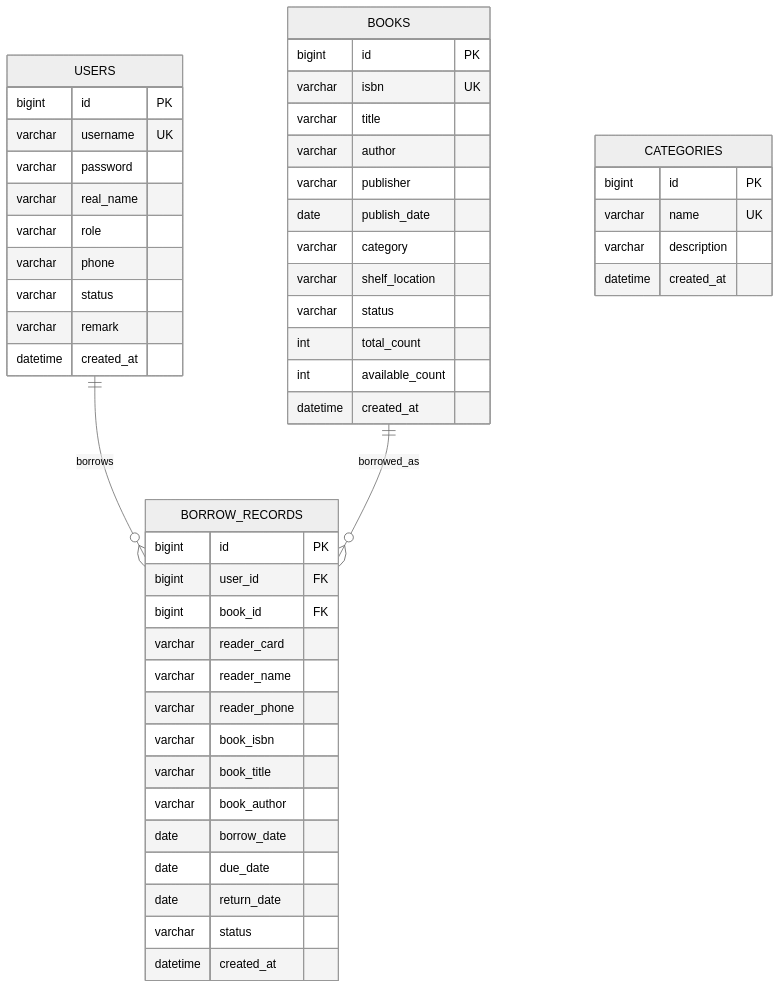
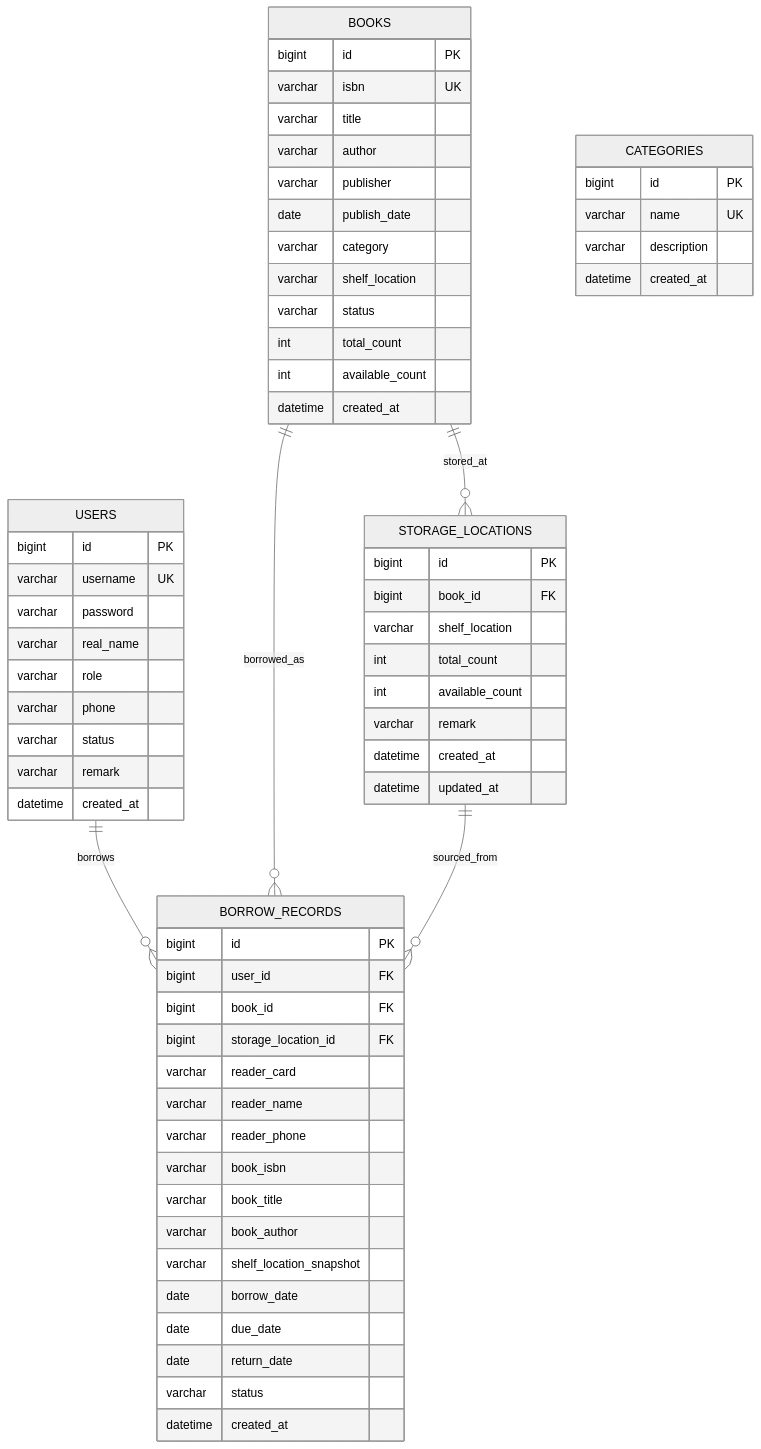
The first of 4 diagrams in docs/design.md (yangkangling/Project-LibrarySystem), drawn with Mermaid (neutral theme) before and after one commit. The commit also changed other lines of this file and 46 other files, not shown here.

````diff
--- a/docs/design.md
+++ b/docs/design.md
@@ -12,56 +12,71 @@
 ```mermaid
 erDiagram
   USERS {
     bigint id PK
     varchar username UK
     varchar password
     varchar real_name
     varchar role
     varchar phone
     varchar status
     varchar remark
     datetime created_at
   }
 
   BOOKS {
     bigint id PK
     varchar isbn UK
     varchar title
     varchar author
     varchar publisher
     date publish_date
     varchar category
     varchar shelf_location
     varchar status
     int total_count
     int available_count
     datetime created_at
   }
 
   CATEGORIES {
     bigint id PK
     varchar name UK
     varchar description
     datetime created_at
   }
 
   BORROW_RECORDS {
     bigint id PK
     bigint user_id FK
     bigint book_id FK
+    bigint storage_location_id FK
     varchar reader_card
     varchar reader_name
     varchar reader_phone
     varchar book_isbn
     varchar book_title
     varchar book_author
+    varchar shelf_location_snapshot
     date borrow_date
     date due_date
     date return_date
     varchar status
     datetime created_at
   }
 
+  STORAGE_LOCATIONS {
+    bigint id PK
+    bigint book_id FK
+    varchar shelf_location
+    int total_count
+    int available_count
+    varchar remark
+    datetime created_at
+    datetime updated_at
+  }
+
   USERS ||--o{ BORROW_RECORDS : borrows
   BOOKS ||--o{ BORROW_RECORDS : borrowed_as
+  BOOKS ||--o{ STORAGE_LOCATIONS : stored_at
+  STORAGE_LOCATIONS ||--o{ BORROW_RECORDS : sourced_from
 ```
````
